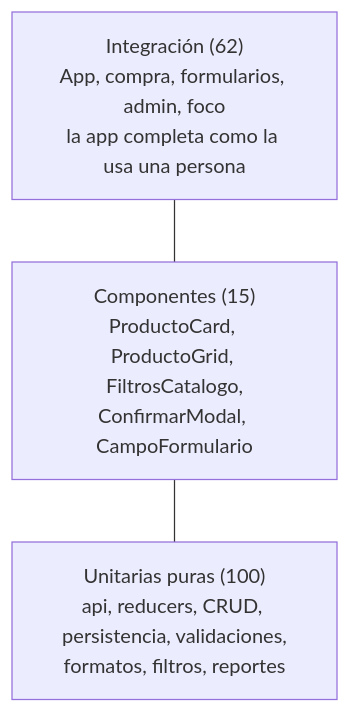
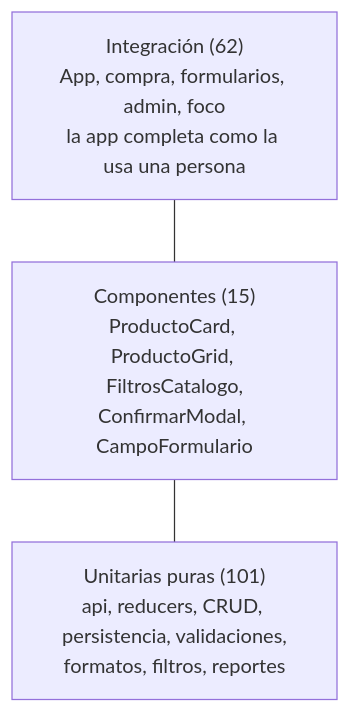
Before and after one commit to CristobalStenger/nexus_frontend: the fifth of 6 diagrams in DOCUMENTACION.md, drawn with Mermaid. The commit also changed other lines of this file and 2 other files, not shown here.

````diff
--- a/DOCUMENTACION.md
+++ b/DOCUMENTACION.md
@@ -984,7 +984,7 @@
 ```mermaid
 flowchart TB
   I["Integración (62)<br/>App, compra, formularios, admin, foco<br/>la app completa como la usa una persona"]
   C["Componentes (15)<br/>ProductoCard, ProductoGrid, FiltrosCatalogo,<br/>ConfirmarModal, CampoFormulario"]
-  U["Unitarias puras (100)<br/>api, reducers, CRUD, persistencia, validaciones,<br/>formatos, filtros, reportes"]
+  U["Unitarias puras (101)<br/>api, reducers, CRUD, persistencia, validaciones,<br/>formatos, filtros, reportes"]
   I --- C --- U
 ```
````
